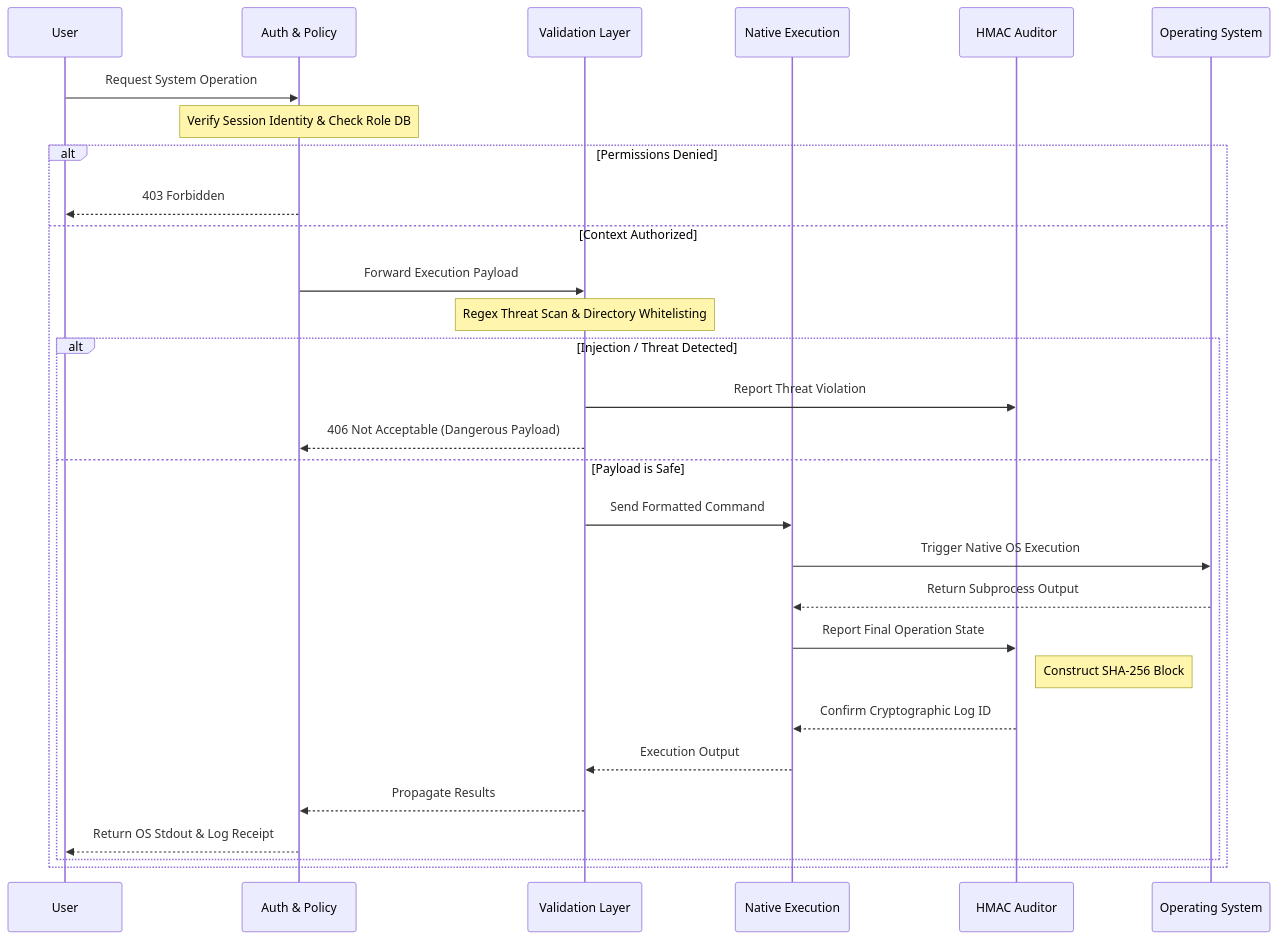
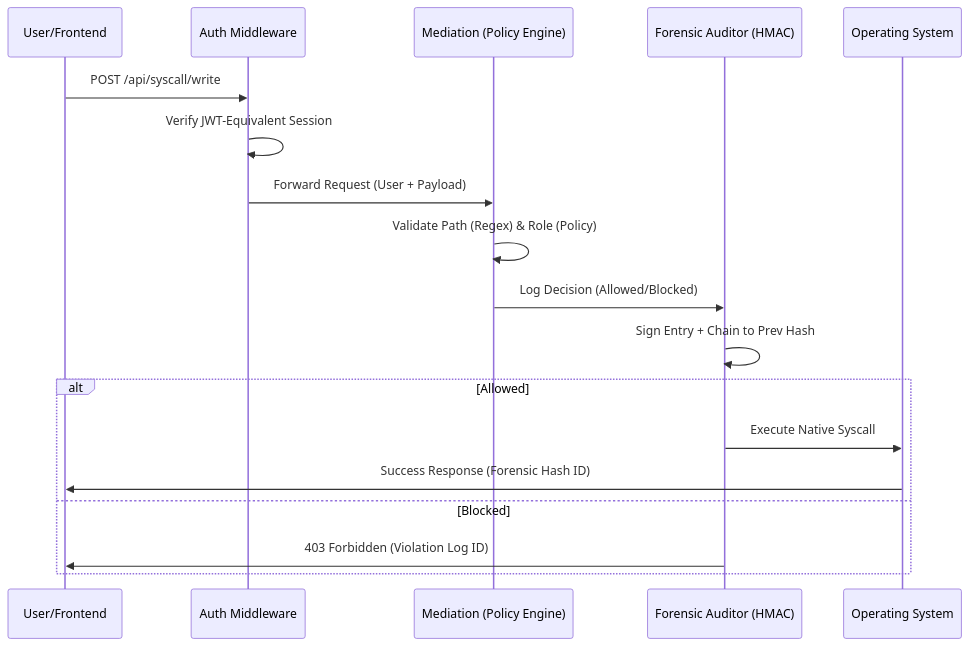
One commit to LegendTejas/Secure-System-Call-Gateway-with-Role-Based-Access-Control-and-Real-Time-Monitoring changed the diagram in PROJECT_OVERVIEW.md. Above: the diagram before and after it, drawn with Mermaid. The commit also changed other lines of this file and 15 other files, not shown here.

````diff
--- a/PROJECT_OVERVIEW.md
+++ b/PROJECT_OVERVIEW.md
@@ -30,36 +13,21 @@
 ```mermaid
 sequenceDiagram
-    participant User
-    participant Auth as Auth & Policy
-    participant Val as Validation Layer
-    participant Exec as Native Execution
-    participant Log as HMAC Auditor
+    participant U as User/Frontend
+    participant A as Auth Middleware
+    participant M as Mediation (Policy Engine)
+    participant F as Forensic Auditor (HMAC)
     participant OS as Operating System
 
-    User->>Auth: Request System Operation
-    Note over Auth: Verify Session Identity & Check Role DB
-    
-    alt Permissions Denied
-        Auth-->>User: 403 Forbidden
-    else Context Authorized
-        Auth->>Val: Forward Execution Payload
-        Note over Val: Regex Threat Scan & Directory Whitelisting
-        
-        alt Injection / Threat Detected
-            Val->>Log: Report Threat Violation
-            Val-->>Auth: 406 Not Acceptable (Dangerous Payload)
-        else Payload is Safe
-            Val->>Exec: Send Formatted Command
-            Exec->>OS: Trigger Native OS Execution
-            OS-->>Exec: Return Subprocess Output
-            
-            Exec->>Log: Report Final Operation State
-            Note right of Log: Construct SHA-256 Block
-            Log-->>Exec: Confirm Cryptographic Log ID
-            
-            Exec-->>Val: Execution Output
-            Val-->>Auth: Propagate Results
-            Auth-->>User: Return OS Stdout & Log Receipt
-        end
+    U->>A: POST /api/syscall/write
+    A->>A: Verify JWT-Equivalent Session
+    A->>M: Forward Request (User + Payload)
+    M->>M: Validate Path (Regex) & Role (Policy)
+    M->>F: Log Decision (Allowed/Blocked)
+    F->>F: Sign Entry + Chain to Prev Hash
+    alt Allowed
+        F->>OS: Execute Native Syscall
+        OS->>U: Success Response (Forensic Hash ID)
+    else Blocked
+        F->>U: 403 Forbidden (Violation Log ID)
     end
 ```
````
